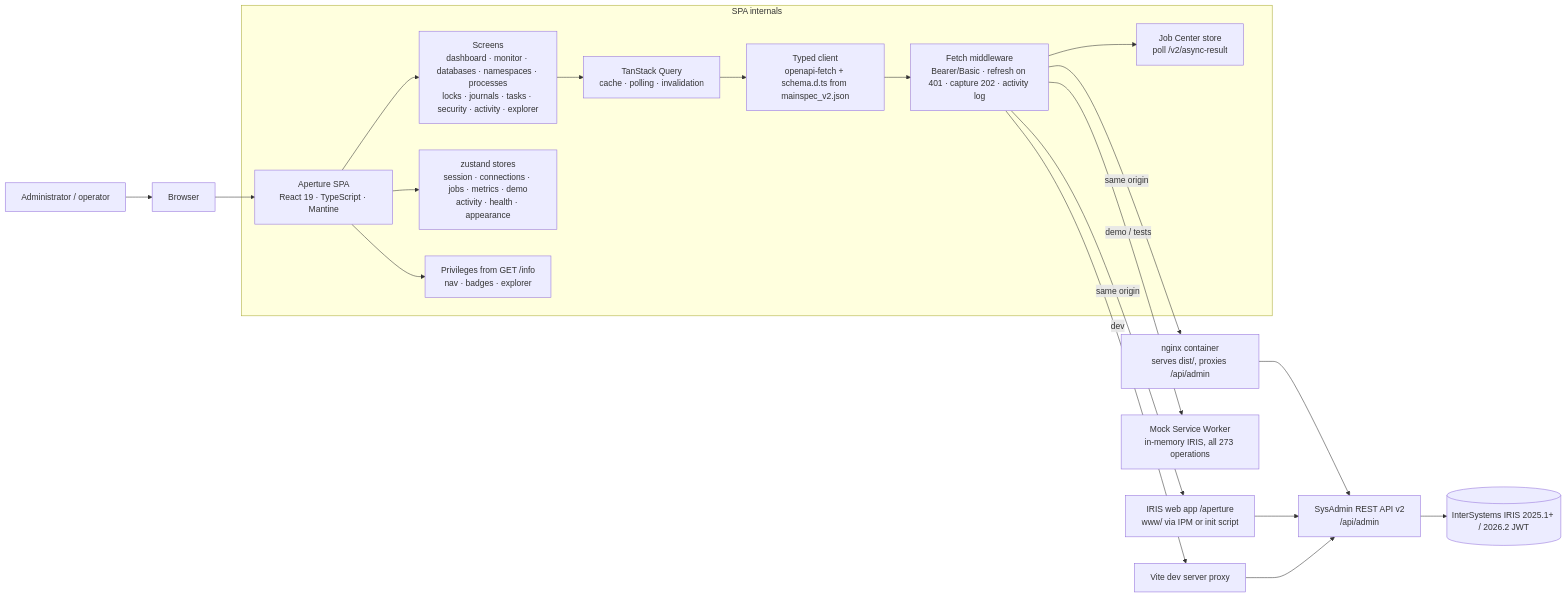
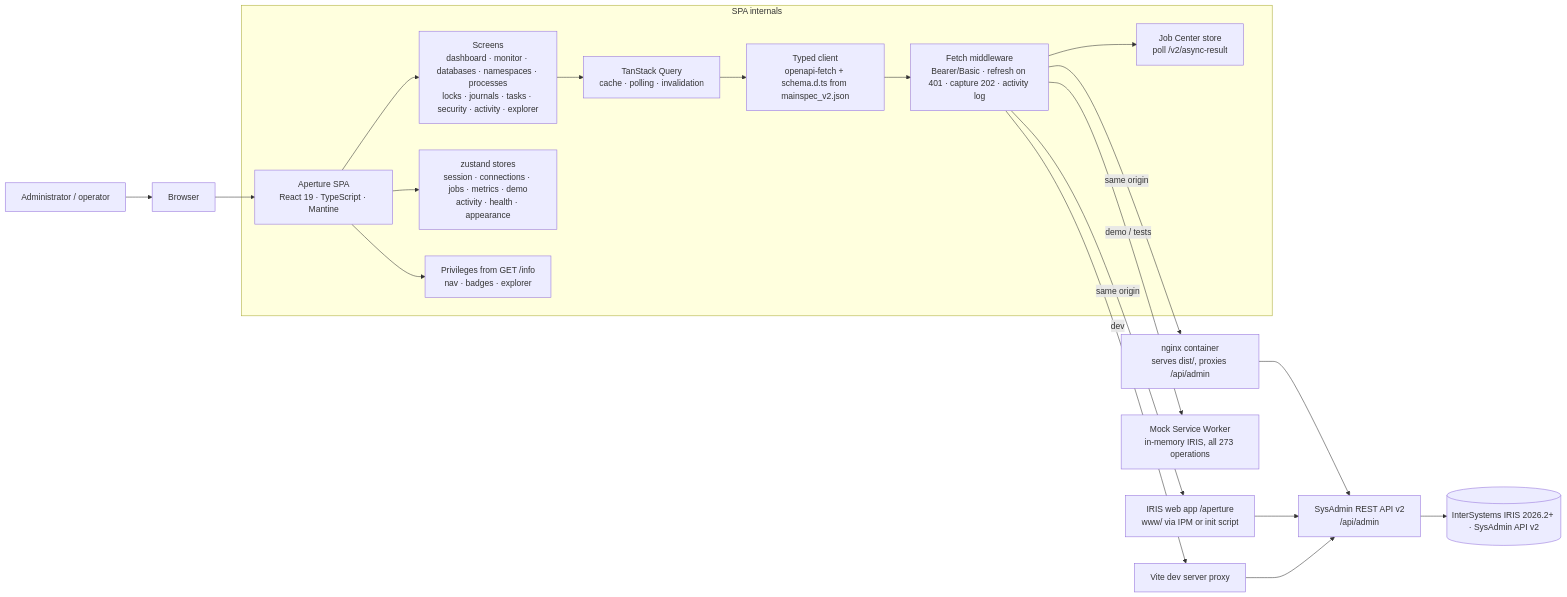
Before and after one commit to MxSalata/aperture: the diagram in docs/ARCHITECTURE.md, drawn with Mermaid. The commit also changed 11 other files, not shown here.

````diff
--- a/docs/ARCHITECTURE.md
+++ b/docs/ARCHITECTURE.md
@@ -29,25 +29,25 @@
 ```mermaid
 flowchart LR
   U[Administrator / operator] --> B[Browser]
   B --> SPA[Aperture SPA<br/>React 19 · TypeScript · Mantine]
 
   subgraph SPA internals
     SPA --> SCR[Screens<br/>dashboard · monitor · databases · namespaces · processes<br/>locks · journals · tasks · security · activity · explorer]
     SCR --> Q[TanStack Query<br/>cache · polling · invalidation]
     Q --> C[Typed client<br/>openapi-fetch + schema.d.ts from mainspec_v2.json]
     C --> MW[Fetch middleware<br/>Bearer/Basic · refresh on 401 · capture 202 · activity log]
     MW --> JOBS[Job Center store<br/>poll /v2/async-result]
     SPA --> ST[zustand stores<br/>session · connections · jobs · metrics · demo<br/>activity · health · appearance]
     SPA --> PRIV[Privileges from GET /info<br/>nav · badges · explorer]
   end
 
   MW -->|same origin| NG[nginx container<br/>serves dist/, proxies /api/admin]
   MW -->|same origin| IR[IRIS web app /aperture<br/>www/ via IPM or init script]
   MW -->|dev| VITE[Vite dev server proxy]
   MW -->|demo / tests| MSW[Mock Service Worker<br/>in-memory IRIS, all 273 operations]
 
   NG --> API[SysAdmin REST API v2<br/>/api/admin]
   IR --> API
   VITE --> API
-  API --> IRIS[(InterSystems IRIS 2025.1+ / 2026.2 JWT)]
+  API --> IRIS[(InterSystems IRIS 2026.2+ · SysAdmin API v2)]
 ```
````
